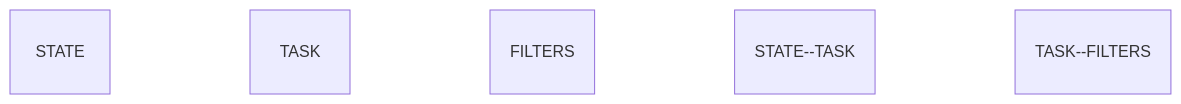
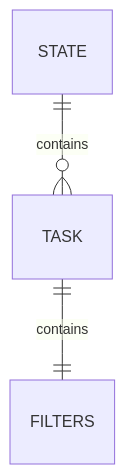
Before and after one commit to ElzabeEls/DWA_Part1: the diagram in coreConceptsPart1/README.md, drawn with Mermaid. The commit also changed 1 other file, not shown here.

Commit message:
finishing off

````diff
--- a/coreConceptsPart1/README.md
+++ b/coreConceptsPart1/README.md
@@ -29,10 +29,11 @@
 ```mermaid
 erDiagram
     STATE
     TASK
     FILTERS
 
-    STATE--TASK
-    TASK--FILTERS
+    TASK ||--|| FILTERS: contains
+    STATE ||--o{ TASK: contains
+    
 
 ```
````
